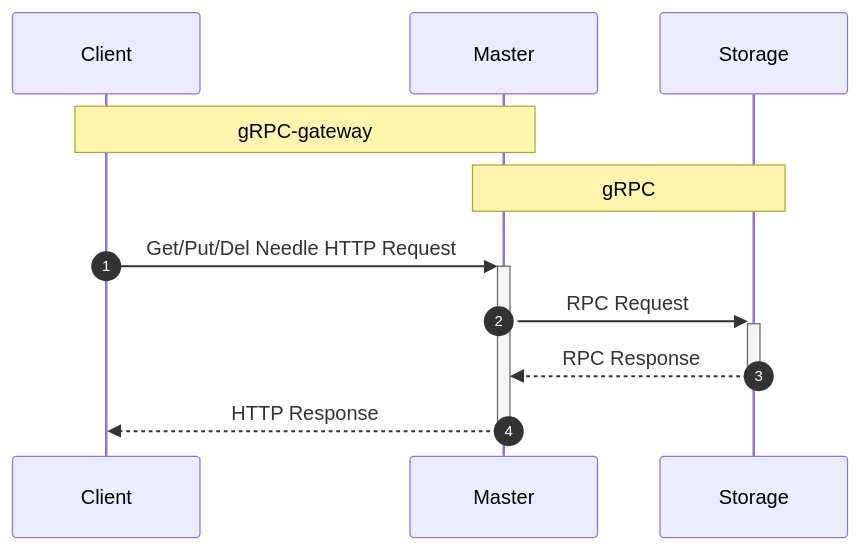
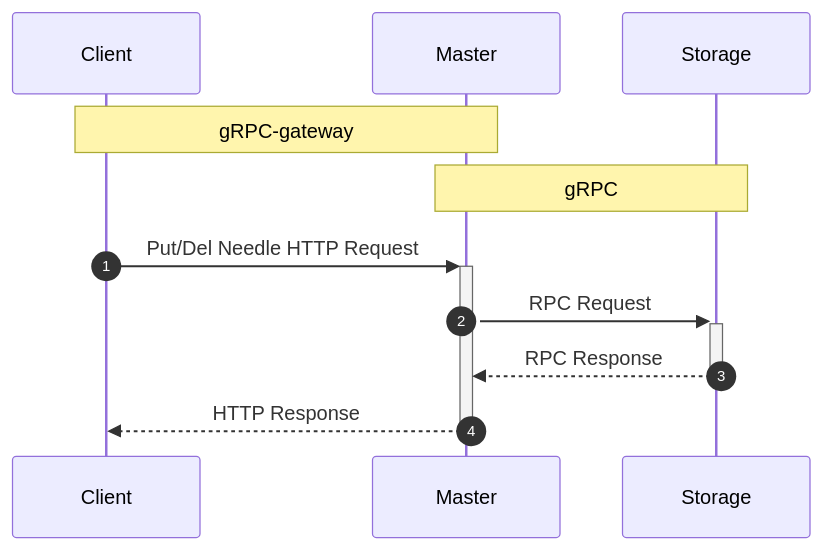
Before and after one commit to chillsoul/piefs: the first of 5 diagrams in README.md, drawn with Mermaid. The commit also changed other lines of this file, not shown here.

````diff
--- a/README.md
+++ b/README.md
@@ -35,11 +35,10 @@
 ```mermaid
 sequenceDiagram
 autonumber
     note over Client,Master:gRPC-gateway
     note over Master,Storage:gRPC
-    Client->>+Master: Get/Put/Del Needle HTTP Request
+    Client->>+Master: Put/Del Needle HTTP Request
     Master->>+Storage: RPC Request
     Storage-->>-Master: RPC Response
     Master-->>-Client: HTTP Response
-
 ```
````
